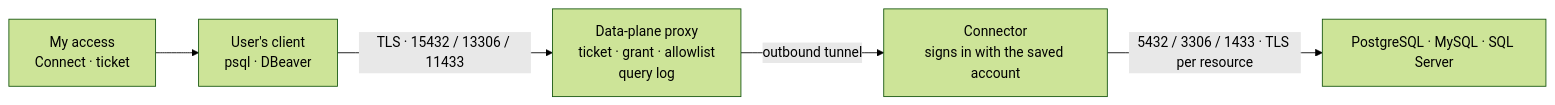
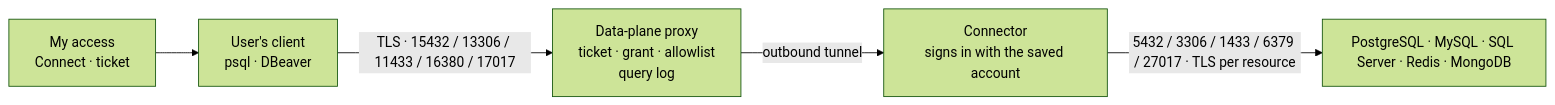
The seventh of 10 diagrams in docs/how-it-works.md (captivo-io/captivo-access), drawn with Mermaid (forest theme) before and after one commit. The commit also changed other lines of this file and 23 other files, not shown here.

First line of the commit message:
feat(database): Redis and MongoDB resources in the console, portal and docs

````diff
--- a/docs/how-it-works.md
+++ b/docs/how-it-works.md
@@ -675,7 +679,7 @@
 ```mermaid
 flowchart LR
     F["My access<br/>Connect · ticket"] --> C["User's client<br/>psql · DBeaver"]
-    C -->|"TLS · 15432 / 13306 / 11433"| D["Data-plane proxy<br/>ticket · grant · allowlist<br/>query log"]
+    C -->|"TLS · 15432 / 13306 / 11433 / 16380 / 17017"| D["Data-plane proxy<br/>ticket · grant · allowlist<br/>query log"]
     D -->|outbound tunnel| CN["Connector<br/>signs in with the saved account"]
-    CN -->|"5432 / 3306 / 1433 · TLS per resource"| S["PostgreSQL · MySQL · SQL Server"]
+    CN -->|"5432 / 3306 / 1433 / 6379 / 27017 · TLS per resource"| S["PostgreSQL · MySQL · SQL Server · Redis · MongoDB"]
 ```
````
